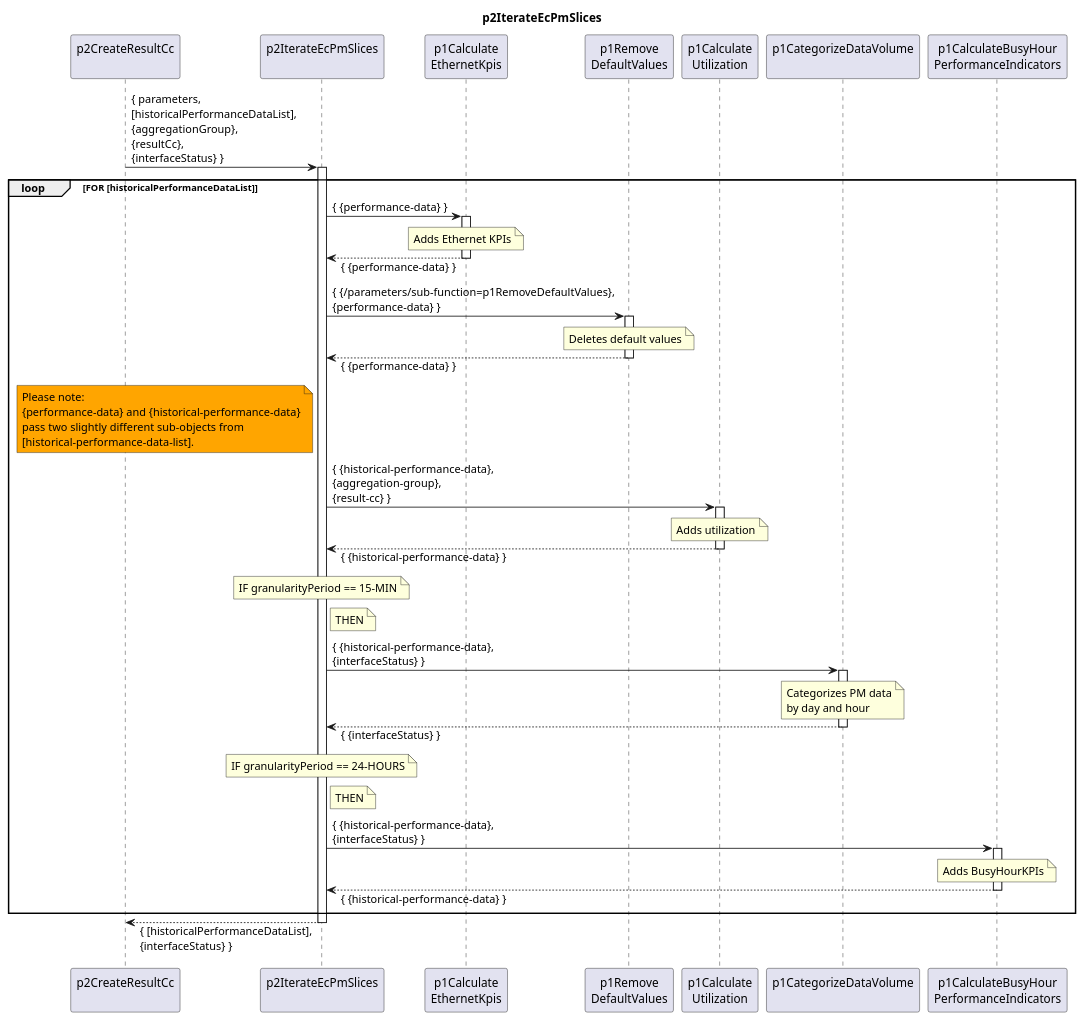
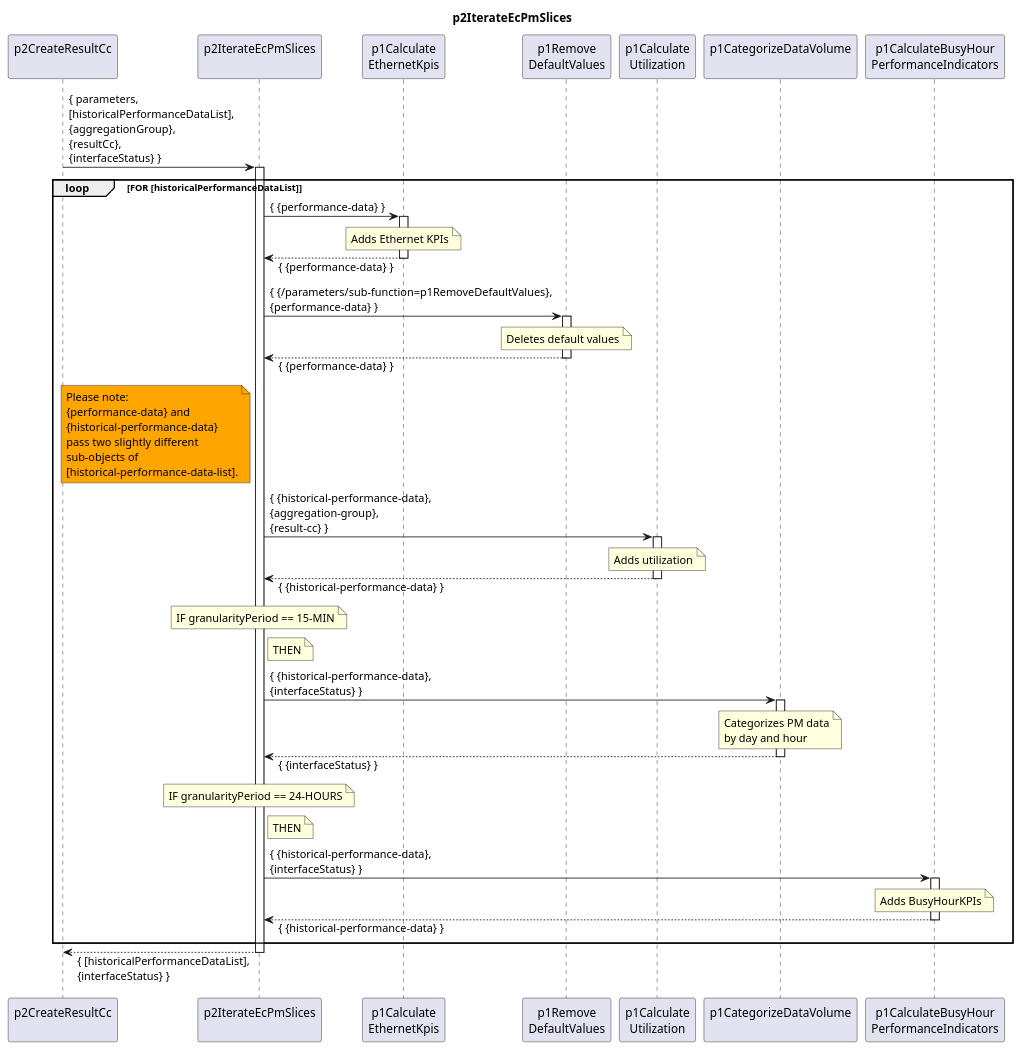
Before and after one commit to openBackhaul/DevicePerformanceManagementDataProcessor: the diagram in spec/Functions/p1StreamPmData/p2ProcessDevice/p2CreateResultCc/p2IterateEcPmSlices/1.0.0/p2IterateEcPmSlices.plantuml, drawn with PlantUML. The commit also changed 1 other file, not shown here.

Commit message:
diagram update

```diff
--- a/spec/Functions/p1StreamPmData/p2ProcessDevice/p2CreateResultCc/p2IterateEcPmSlices/1.0.0/p2IterateEcPmSlices.plantuml
+++ b/spec/Functions/p1StreamPmData/p2ProcessDevice/p2CreateResultCc/p2IterateEcPmSlices/1.0.0/p2IterateEcPmSlices.plantuml
@@ -1,94 +1,96 @@
 @startuml p2IterateEcPmSlices
 skinparam responseMessageBelowArrow true
 
 title
   p2IterateEcPmSlices
 end title
 
 participant "p2CreateResultCc\n" as cur
 
 participant "p2IterateEcPmSlices\n" as iterateSlices
 participant "p1Calculate\nEthernetKpis" as intCC
 participant "p1Remove\nDefaultValues" as p1RemDefault
 participant "p1Calculate\nUtilization" as p1CalcUtil
 participant "p1CategorizeDataVolume\n" as p1CatDataVo
 participant "p1CalculateBusyHour\nPerformanceIndicators" as p1CalcBH
 
 cur -> iterateSlices : { parameters,\n[historicalPerformanceDataList],\n{aggregationGroup},\n{resultCc},\n{interfaceStatus} }
 activate iterateSlices
 
   loop FOR [historicalPerformanceDataList]
 
     iterateSlices -> intCC : { {performance-data} }
     activate intCC
       note over intCC
         Adds Ethernet KPIs
       end note
     iterateSlices <-- intCC: { {performance-data} }
     deactivate intCC
 
     iterateSlices -> p1RemDefault : { {/parameters/sub-function=p1RemoveDefaultValues},\n{performance-data} }
     activate p1RemDefault
       note over p1RemDefault
         Deletes default values
       end note
     iterateSlices <-- p1RemDefault: { {performance-data} }
     deactivate p1RemDefault
 
     note left iterateSlices #Orange
       Please note:
-      {performance-data} and {historical-performance-data}
-      pass two slightly different sub-objects from
+      {performance-data} and
+      {historical-performance-data}
+      pass two slightly different 
+      sub-objects of
       [historical-performance-data-list].
     end note
 
 
     iterateSlices -> p1CalcUtil : { {historical-performance-data},\n{aggregation-group},\n{result-cc} }
     activate p1CalcUtil
       note over p1CalcUtil
         Adds utilization
       end note
     iterateSlices <-- p1CalcUtil: { {historical-performance-data} }
     deactivate p1CalcUtil
 
     note over iterateSlices
       IF granularityPeriod == 15-MIN
     end note
 
     note right iterateSlices
       THEN
     end note
 
     iterateSlices -> p1CatDataVo : { {historical-performance-data},\n{interfaceStatus} }
     activate p1CatDataVo
       note over p1CatDataVo
         Categorizes PM data
         by day and hour
       end note
     iterateSlices <-- p1CatDataVo: { {interfaceStatus} }
     deactivate p1CatDataVo
 
     note over iterateSlices
       IF granularityPeriod == 24-HOURS
     end note
 
     note right iterateSlices
       THEN
     end note
 
     iterateSlices -> p1CalcBH : { {historical-performance-data},\n{interfaceStatus} }
     activate p1CalcBH
       note over p1CalcBH
         Adds BusyHourKPIs
       end note
     iterateSlices <-- p1CalcBH: { {historical-performance-data} }
     deactivate p1CalcBH
 
   end loop
 
 cur <-- iterateSlices : { [historicalPerformanceDataList],\n{interfaceStatus} }
 deactivate iterateSlices
 
 deactivate cur
 
 @enduml
```
